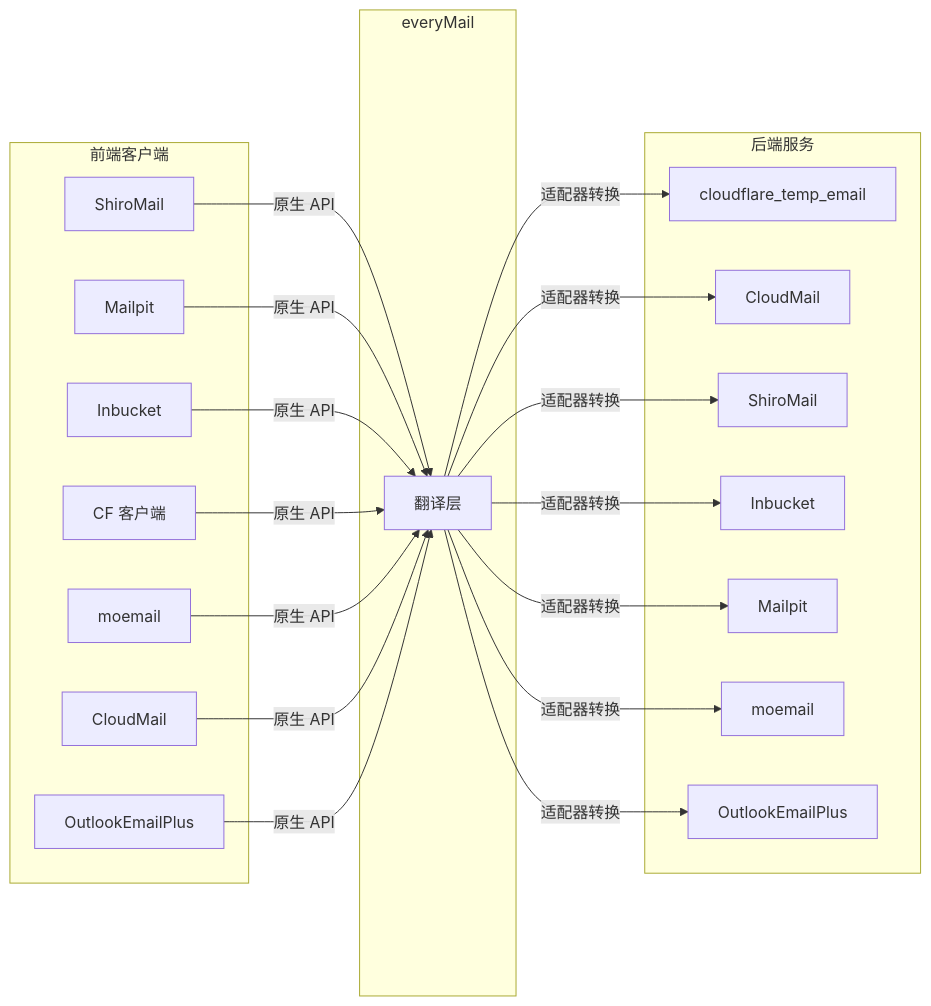
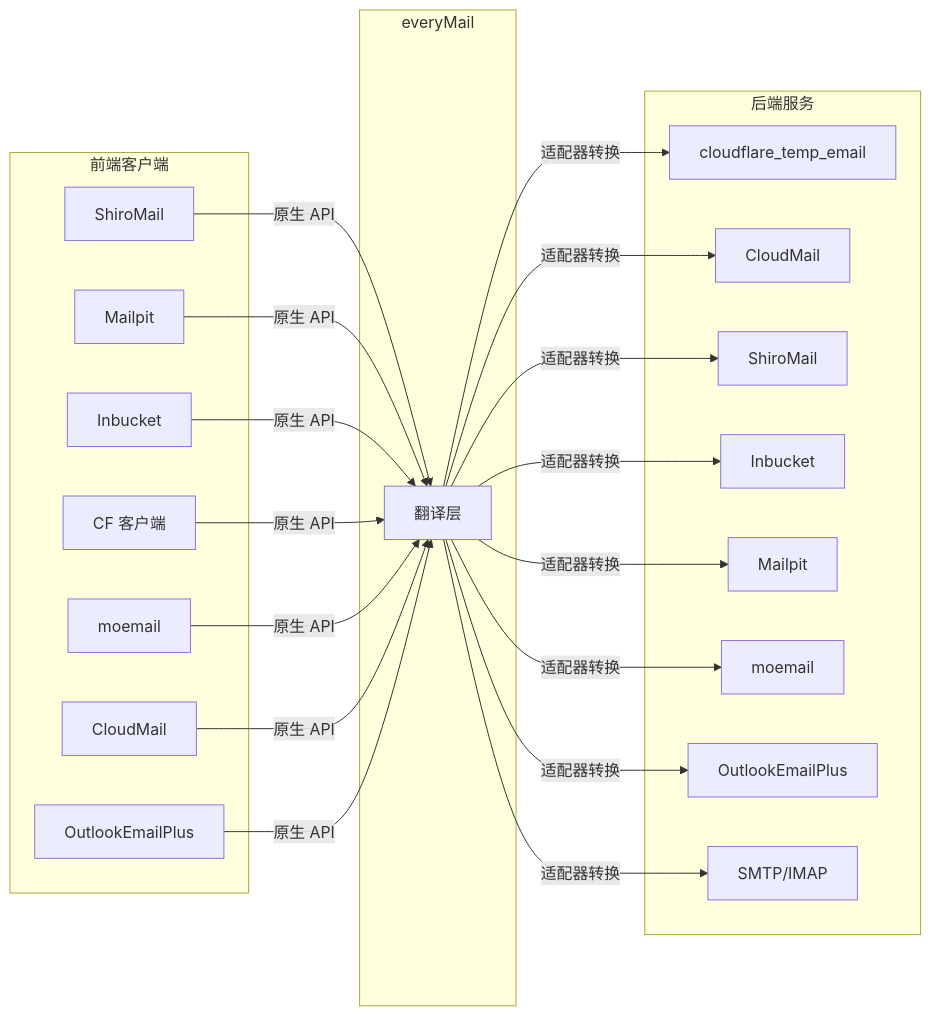
Before and after one commit to WangChuDi/everyMail: the first of 3 diagrams in README.md, drawn with Mermaid. The commit also changed other lines of this file and 2 other files, not shown here.

First line of the commit message:
docs: document SMTP IMAP backend setup

````diff
--- a/README.md
+++ b/README.md
@@ -11,29 +11,30 @@
 ```mermaid
 graph LR
     subgraph 前端客户端
         A[ShiroMail]
         B[Mailpit]
         C[Inbucket]
         D[CF 客户端]
         E[moemail]
         F[CloudMail]
         O[OutlookEmailPlus]
     end
 
     subgraph everyMail
         G[翻译层]
     end
 
     subgraph 后端服务
         H[cloudflare_temp_email]
         I[CloudMail]
         J[ShiroMail]
         K[Inbucket]
         L[Mailpit]
         M[moemail]
         N[OutlookEmailPlus]
+        P[SMTP/IMAP]
     end
 
     A & B & C & D & E & F & O -->|原生 API| G
-    G -->|适配器转换| H & I & J & K & L & M & N
+    G -->|适配器转换| H & I & J & K & L & M & N & P
 ```
````
